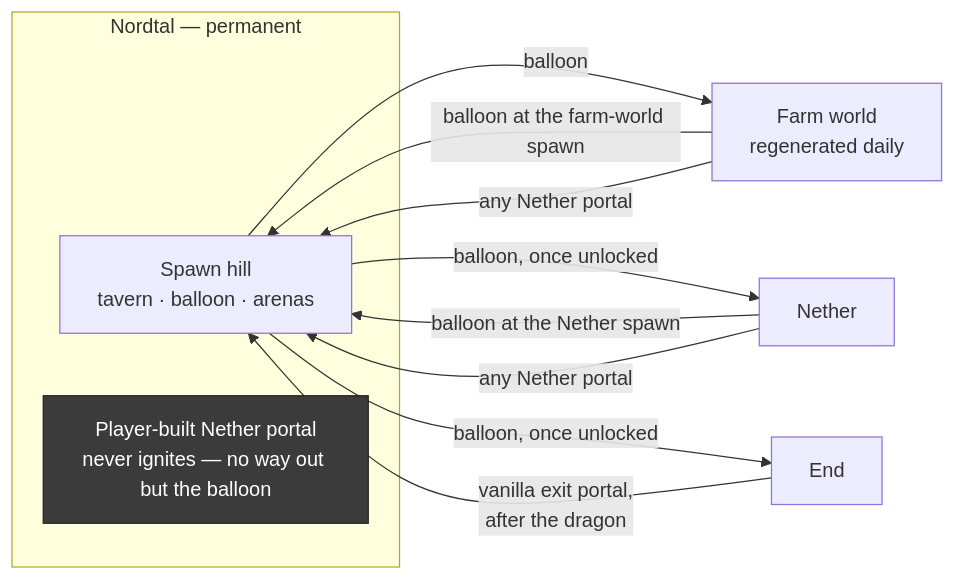
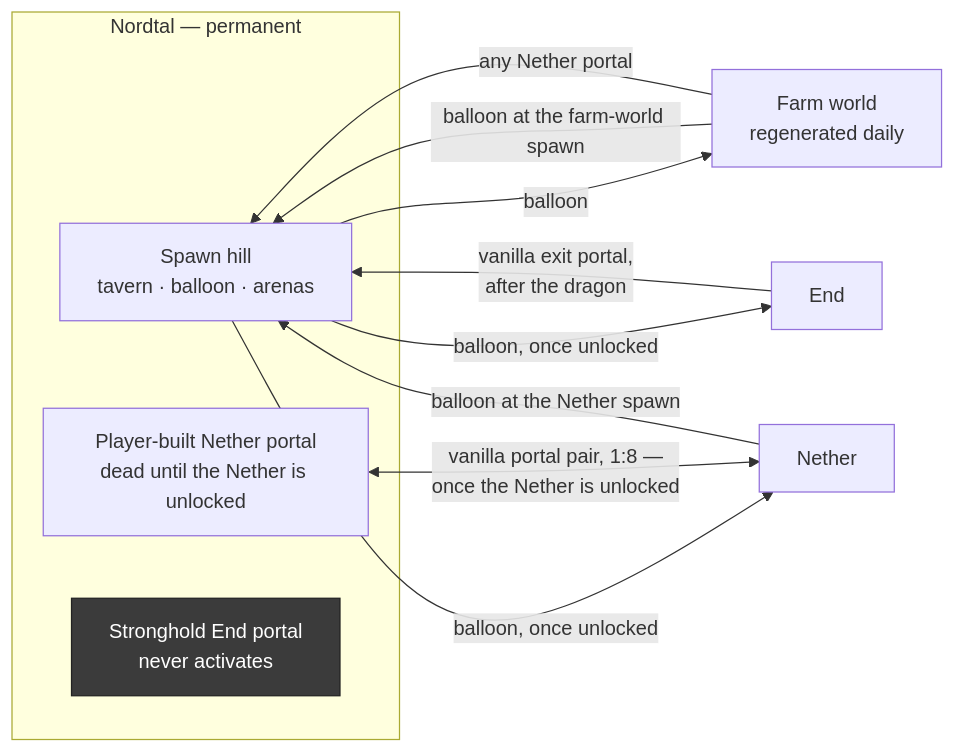
The first of 5 diagrams in docs/smp.md (nordtal/season-2), drawn with Mermaid before and after one commit. The commit also changed other lines of this file and 1 other file, not shown here.

Commit message:
docs: nether portals link Nordtal and the Nether once unlocked

````diff
--- a/docs/smp.md
+++ b/docs/smp.md
@@ -44,24 +46,25 @@
 ```mermaid
 flowchart LR
     subgraph N["Nordtal — permanent"]
         SP["Spawn hill<br/>tavern · balloon · arenas"]
-        NB["Player-built Nether portal<br/>never ignites — no way out but the balloon"]
+        NB["Player-built Nether portal<br/>dead until the Nether is unlocked"]
+        EB["Stronghold End portal<br/>never activates"]
     end
 
     FW["Farm world<br/>regenerated daily"]
     NE["Nether"]
     EN["End"]
 
     SP -->|"balloon"| FW
     SP -->|"balloon, once unlocked"| NE
     SP -->|"balloon, once unlocked"| EN
+    NB <-->|"vanilla portal pair, 1:8 —<br/>once the Nether is unlocked"| NE
 
     FW -->|"balloon at the farm-world spawn"| SP
     FW -->|"any Nether portal"| SP
     NE -->|"balloon at the Nether spawn"| SP
-    NE -->|"any Nether portal"| SP
     EN -->|"vanilla exit portal,<br/>after the dragon"| SP
 
     classDef dead fill:#3b3b3b,stroke:#222,color:#fff
-    class NB dead
+    class EB dead
 ```
````
